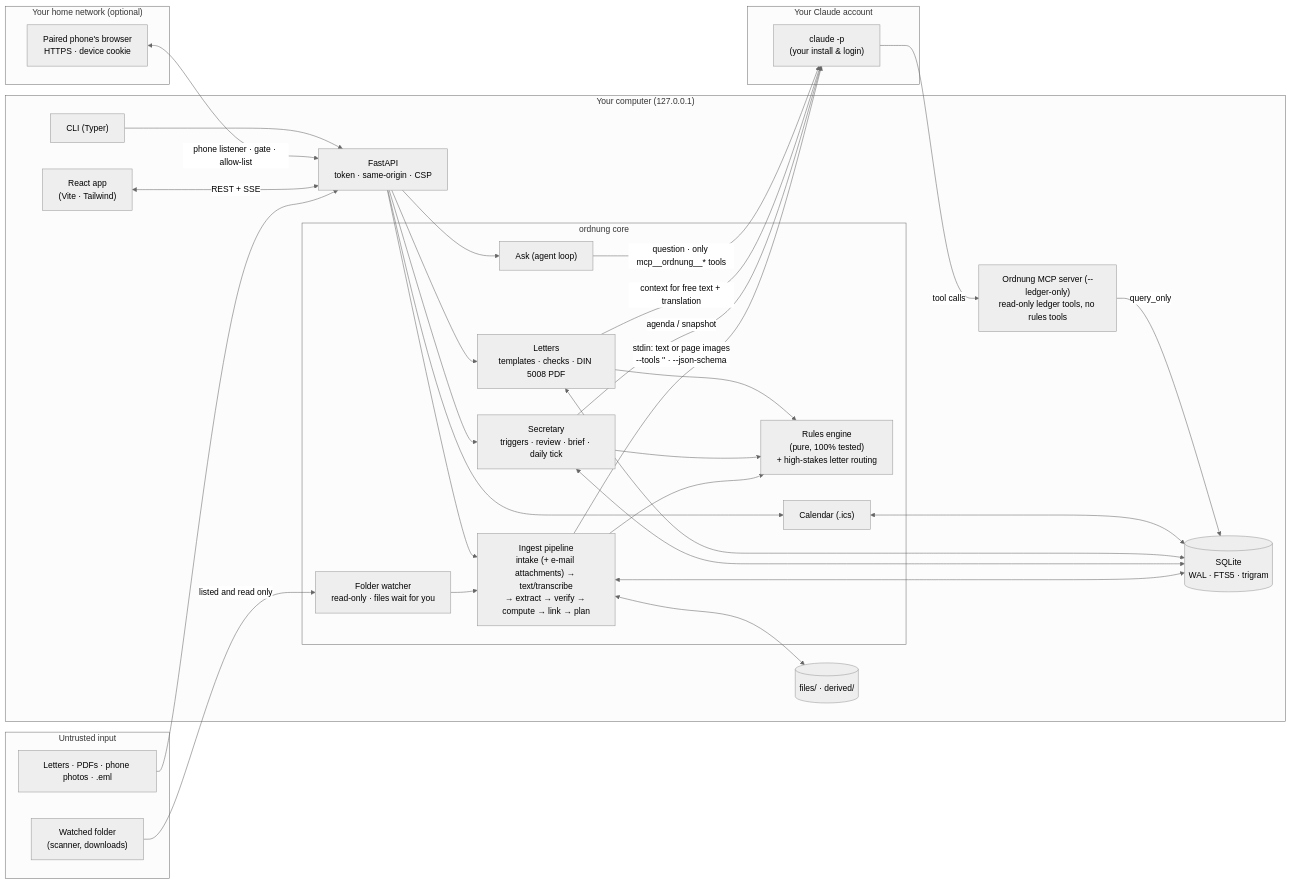
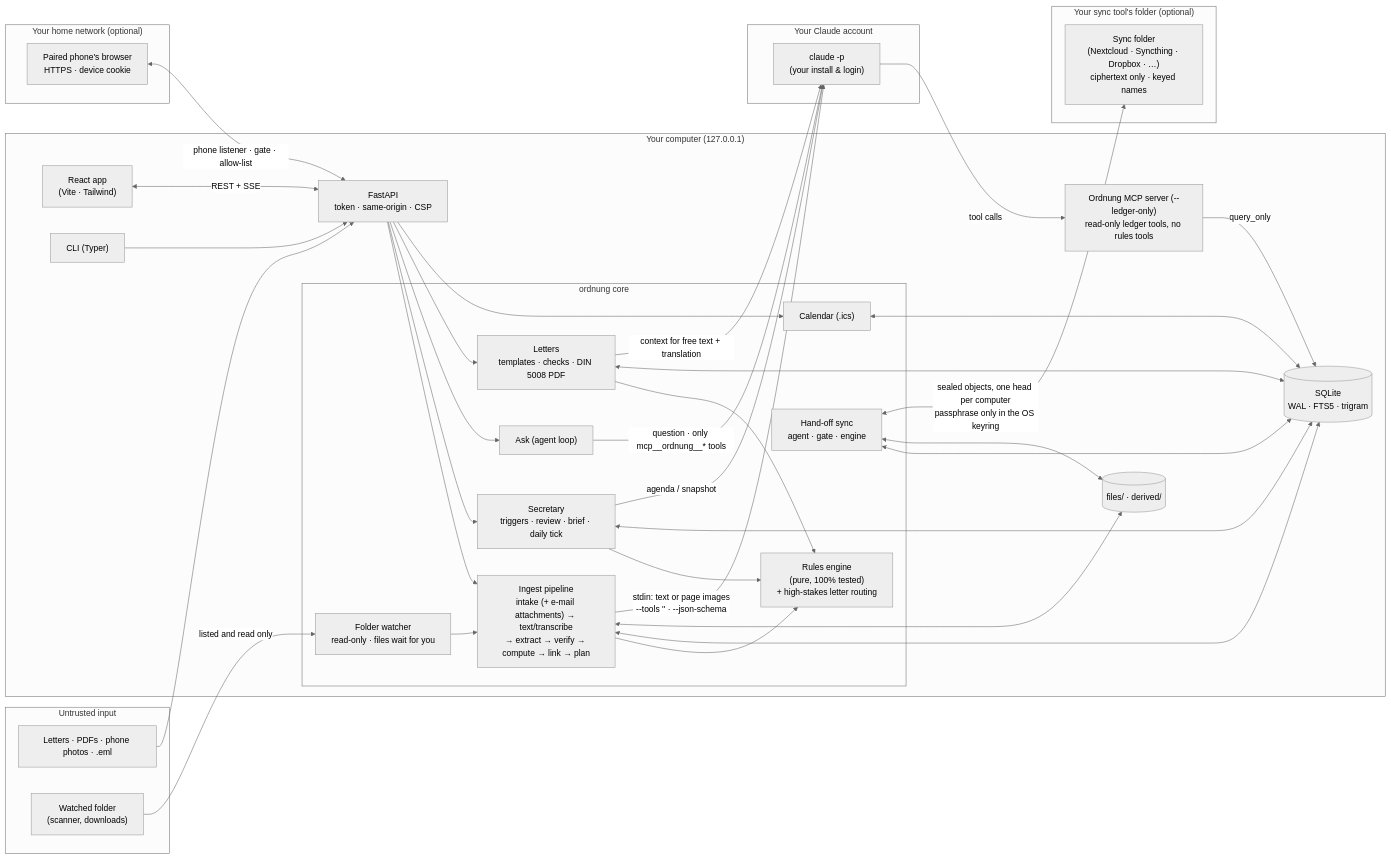
One commit to ahmedEid1/ordnung changed the first of 9 diagrams in docs/architecture.md. Above: the diagram before and after it, drawn with Mermaid (neutral theme). The commit also changed other lines of this file and 8 other files, not shown here.

````diff
--- a/docs/architecture.md
+++ b/docs/architecture.md
@@ -11,52 +12,59 @@
 ```mermaid
 flowchart LR
   subgraph untrusted["Untrusted input"]
     L["Letters · PDFs · phone photos · .eml"]
     WF["Watched folder<br/>(scanner, downloads)"]
   end
 
   subgraph local["Your computer (127.0.0.1)"]
     UI["React app<br/>(Vite · Tailwind)"]
     CLI["CLI (Typer)"]
     API["FastAPI<br/>token · same-origin · CSP"]
     subgraph core["ordnung core"]
       FW["Folder watcher<br/>read-only · files wait for you"]
       ING["Ingest pipeline<br/>intake (+ e-mail attachments) → text/transcribe<br/>→ extract → verify → compute → link → plan"]
       RUL["Rules engine<br/>(pure, 100% tested)<br/>+ high-stakes letter routing"]
       SEC["Secretary<br/>triggers · review · brief · daily tick"]
       ASK["Ask (agent loop)"]
       DRF["Letters<br/>templates · checks · DIN 5008 PDF"]
       ICS["Calendar (.ics)"]
+      SYN["Hand-off sync<br/>agent · gate · engine"]
     end
     DB[("SQLite<br/>WAL · FTS5 · trigram")]
     FS[("files/ · derived/")]
     MCP["Ordnung MCP server (--ledger-only)<br/>read-only ledger tools, no rules tools"]
   end
 
   subgraph account["Your Claude account"]
     CC["claude -p<br/>(your install & login)"]
   end
 
   subgraph home["Your home network (optional)"]
     PH["Paired phone's browser<br/>HTTPS · device cookie"]
+  end
+
+  subgraph synced["Your sync tool's folder (optional)"]
+    SF["Sync folder<br/>(Nextcloud · Syncthing · Dropbox · …)<br/>ciphertext only · keyed names"]
   end
 
   L --> API
   WF -->|"listed and read only"| FW
   FW --> ING
   UI <-->|REST + SSE| API
   PH <-->|"phone listener · gate · allow-list"| API
   CLI --> API
   API --> ING & SEC & ASK & DRF & ICS
   ING --> RUL
   SEC --> RUL
   DRF --> RUL
   ING & SEC & DRF & ICS <--> DB
   ING <--> FS
   ING -->|"stdin: text or page images<br/>--tools '' · --json-schema"| CC
   SEC -->|"agenda / snapshot"| CC
   DRF -->|"context for free text + translation"| CC
   ASK -->|"question · only mcp__ordnung__* tools"| CC
   CC -->|tool calls| MCP
   MCP -->|"query_only"| DB
+  SYN <--> DB & FS
+  SYN <-->|"sealed objects, one head per computer<br/>passphrase only in the OS keyring"| SF
 ```
````
